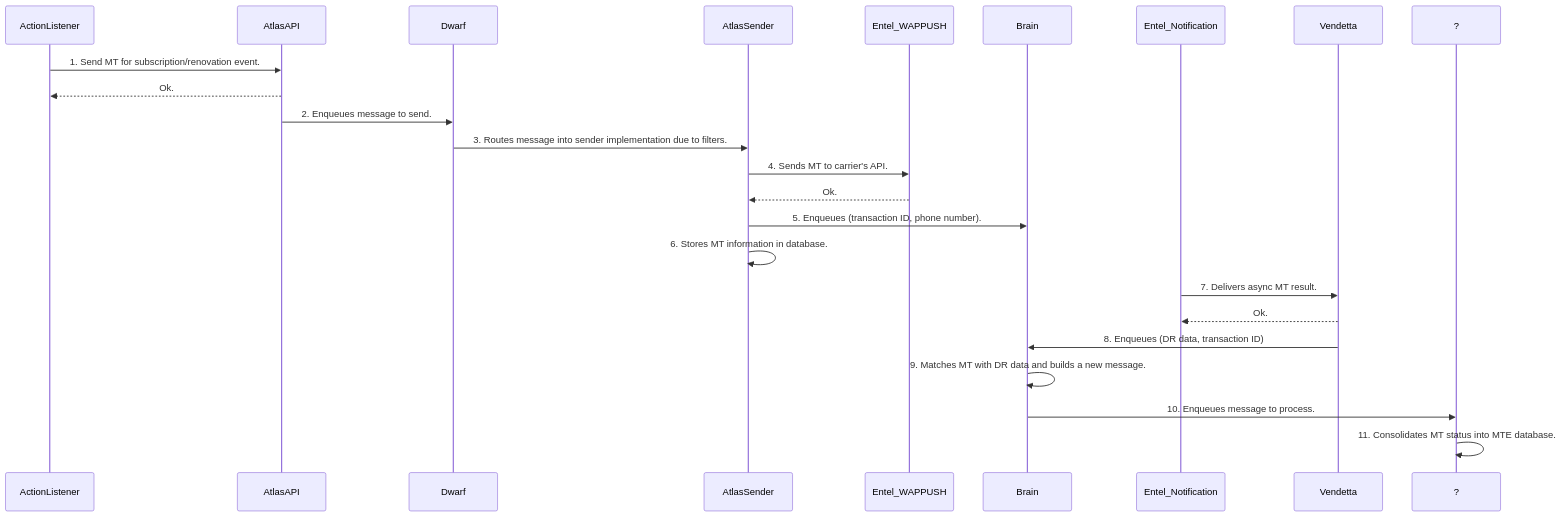
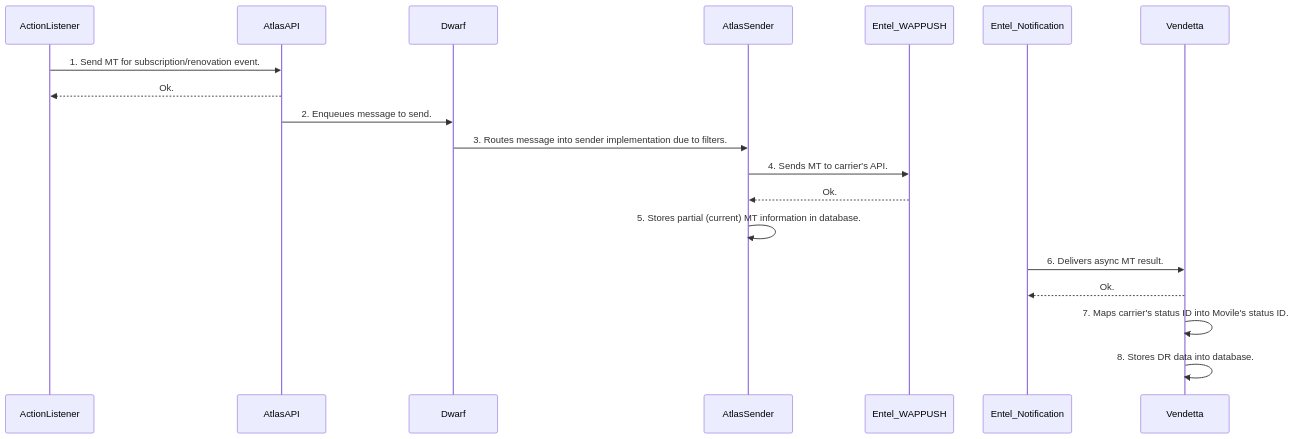
The diagram in entel/general/mt/wap-push.mmd (ariel-rios-movile/diagrams), drawn with Mermaid before and after one commit.

Commit message:
Corrects WAP PUSH integration.

```diff
--- a/entel/general/mt/wap-push.mmd
+++ b/entel/general/mt/wap-push.mmd
@@ -1,15 +1,12 @@
 sequenceDiagram
     ActionListener ->> AtlasAPI: 1. Send MT for subscription/renovation event.
     AtlasAPI -->> ActionListener: Ok.
     AtlasAPI ->> Dwarf: 2. Enqueues message to send.
     Dwarf ->> AtlasSender: 3. Routes message into sender implementation due to filters.
     AtlasSender ->> Entel_WAPPUSH: 4. Sends MT to carrier's API.
     Entel_WAPPUSH -->> AtlasSender: Ok.
-    AtlasSender ->> Brain: 5. Enqueues (transaction ID, phone number).
-    AtlasSender ->> AtlasSender: 6. Stores MT information in database.
-    Entel_Notification ->> Vendetta: 7. Delivers async MT result.
+    AtlasSender ->> AtlasSender: 5. Stores partial (current) MT information in database.
+    Entel_Notification ->> Vendetta: 6. Delivers async MT result.
     Vendetta -->> Entel_Notification: Ok.
-    Vendetta ->> Brain: 8. Enqueues (DR data, transaction ID)
-    Brain ->> Brain: 9. Matches MT with DR data and builds a new message.
-    Brain ->> ?: 10. Enqueues message to process.
-    ? ->> ?: 11. Consolidates MT status into MTE database.
+    Vendetta ->> Vendetta: 7. Maps carrier's status ID into Movile's status ID.
+    Vendetta ->> Vendetta: 8. Stores DR data into database.
```
